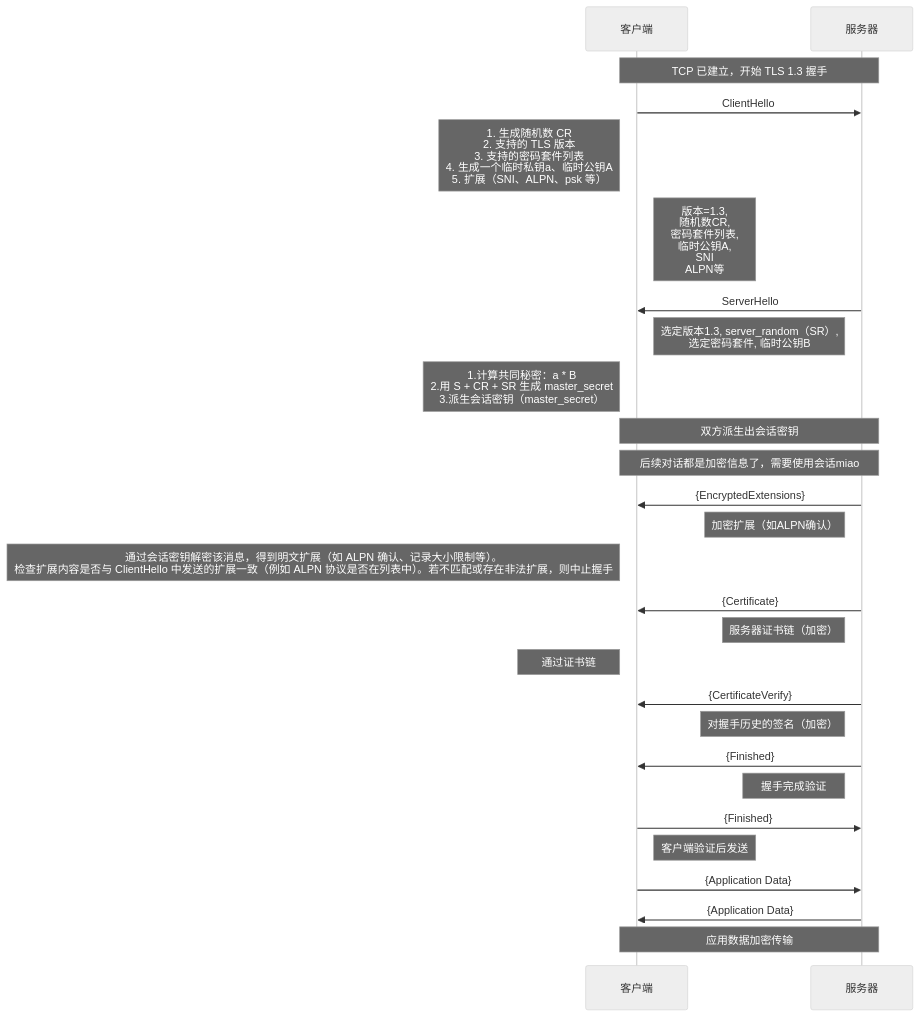
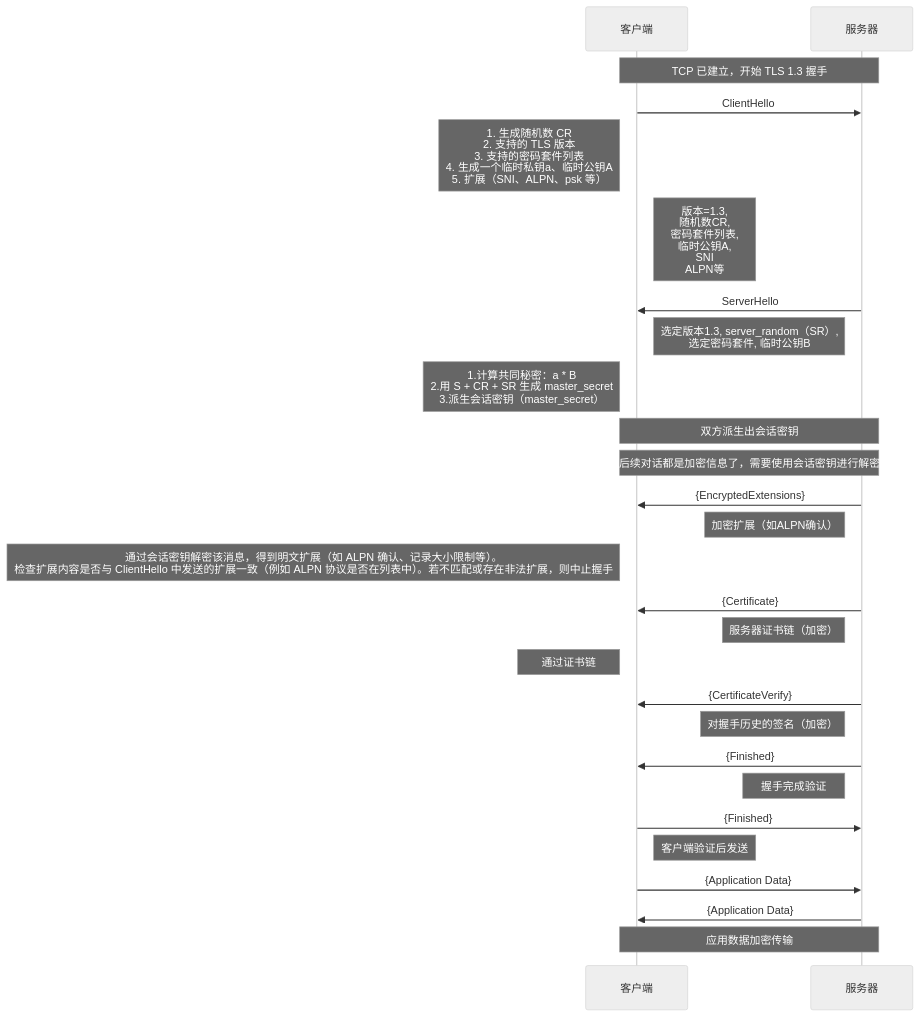
One commit to HY-10-8/iodraw-files changed the diagram in all/TLS-1.3-通用.md. Above: the diagram before and after it, drawn with Mermaid (neutral theme).

Commit message:
2026-03-30 18:06:05 update

````diff
--- a/all/TLS-1.3-通用.md
+++ b/all/TLS-1.3-通用.md
@@ -1,39 +1,39 @@
 ```mermaid
 sequenceDiagram
     participant C as 客户端
     participant S as 服务器
 
     Note over C,S: TCP 已建立，开始 TLS 1.3 握手
 
     C->>S: ClientHello
     Note left of C: 1. 生成随机数 CR<br/> 2. 支持的 TLS 版本<br/> 3. 支持的密码套件列表<br/> 4. 生成一个临时私钥a、临时公钥A<br/> 5. 扩展（SNI、ALPN、psk 等）
     Note right of C: 版本=1.3,<br/> 随机数CR,<br/> 密码套件列表,<br/> 临时公钥A,<br/> SNI<br/> ALPN等
 
     S->>C: ServerHello
     Note left of S: 选定版本1.3, server_random（SR）,<br/> 选定密码套件, 临时公钥B
     Note left of C: 1.计算共同秘密：a * B<br/> 2.用 S + CR + SR 生成 master_secret<br/> 3.派生会话密钥（master_secret）
 
     Note over C,S: 双方派生出会话密钥
-    Note over C,S: 后续对话都是加密信息了，需要使用会话miao
+    Note over C,S: 后续对话都是加密信息了，需要使用会话密钥进行解密
 
     S->>C: {EncryptedExtensions}
     Note left of S: 加密扩展（如ALPN确认）
     Note left of C: 通过会话密钥解密该消息，得到明文扩展（如 ALPN 确认、记录大小限制等）。<br/>检查扩展内容是否与 ClientHello 中发送的扩展一致（例如 ALPN 协议是否在列表中）。若不匹配或存在非法扩展，则中止握手
 
     S->>C: {Certificate}
     Note left of S: 服务器证书链（加密）
     Note left of C: 通过证书链
 
     S->>C: {CertificateVerify}
     Note left of S: 对握手历史的签名（加密）
 
     S->>C: {Finished}
     Note left of S: 握手完成验证
 
     C->>S: {Finished}
     Note right of C: 客户端验证后发送
 
     C->>S: {Application Data}
     S->>C: {Application Data}
     Note over C,S: 应用数据加密传输
 ```
````
